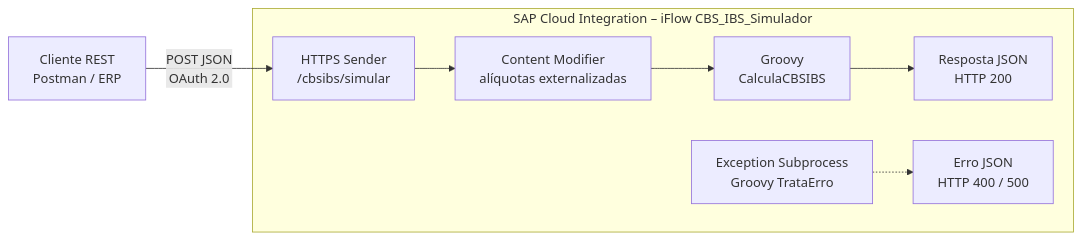
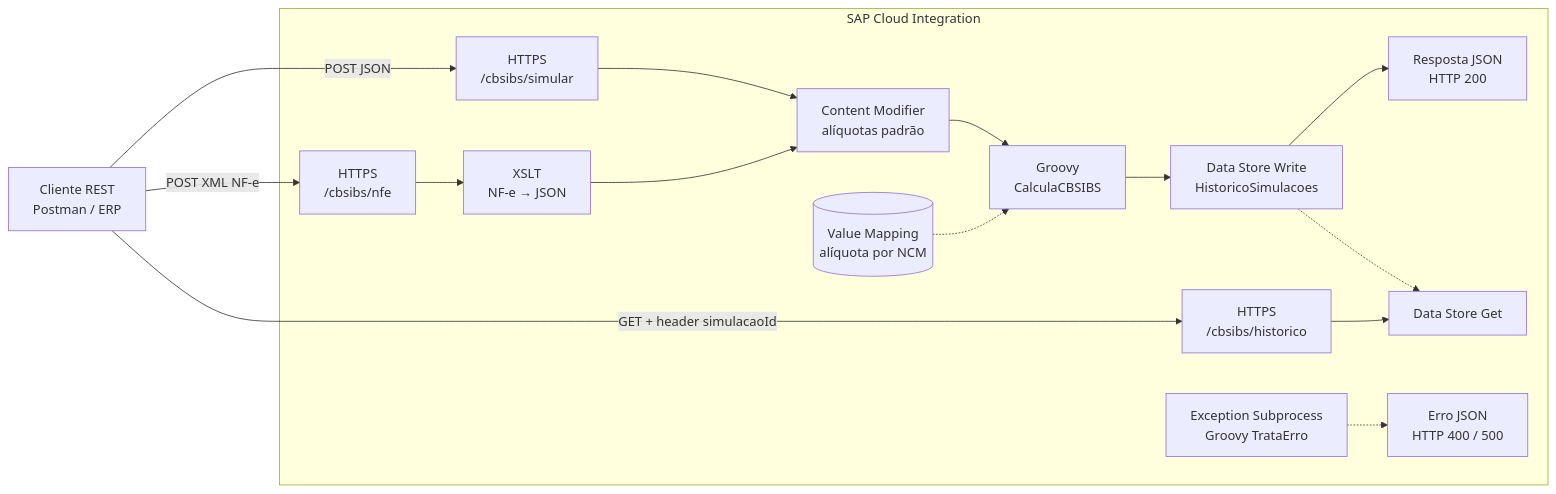
Before and after one commit to adrianavital/cpi-cbs-ibs-simulador: the diagram in README.md, drawn with Mermaid. The commit also changed other lines of this file and 18 other files, not shown here.

````diff
--- a/README.md
+++ b/README.md
@@ -13,10 +13,18 @@
 ```mermaid
 flowchart LR
-    A[Cliente REST<br/>Postman / ERP] -- "POST JSON<br/>OAuth 2.0" --> B[HTTPS Sender<br/>/cbsibs/simular]
-    subgraph CPI["SAP Cloud Integration – iFlow CBS_IBS_Simulador"]
-        B --> C[Content Modifier<br/>alíquotas externalizadas]
+    A[Cliente REST<br/>Postman / ERP] -- "POST JSON" --> B1[HTTPS<br/>/cbsibs/simular]
+    A -- "POST XML NF-e" --> B2[HTTPS<br/>/cbsibs/nfe]
+    A -- "GET + header simulacaoId" --> B3[HTTPS<br/>/cbsibs/historico]
+    subgraph CPI["SAP Cloud Integration"]
+        B2 --> X[XSLT<br/>NF-e → JSON]
+        X --> C[Content Modifier<br/>alíquotas padrão]
+        B1 --> C
         C --> D[Groovy<br/>CalculaCBSIBS]
-        D --> E[Resposta JSON<br/>HTTP 200]
-        X[Exception Subprocess<br/>Groovy TrataErro] -.-> F[Erro JSON<br/>HTTP 400 / 500]
+        VM[(Value Mapping<br/>alíquota por NCM)] -.-> D
+        D --> W[Data Store Write<br/>HistoricoSimulacoes]
+        W --> E[Resposta JSON<br/>HTTP 200]
+        B3 --> G[Data Store Get]
+        W -.-> G
+        ERR[Exception Subprocess<br/>Groovy TrataErro] -.-> F[Erro JSON<br/>HTTP 400 / 500]
     end
 ```
````
